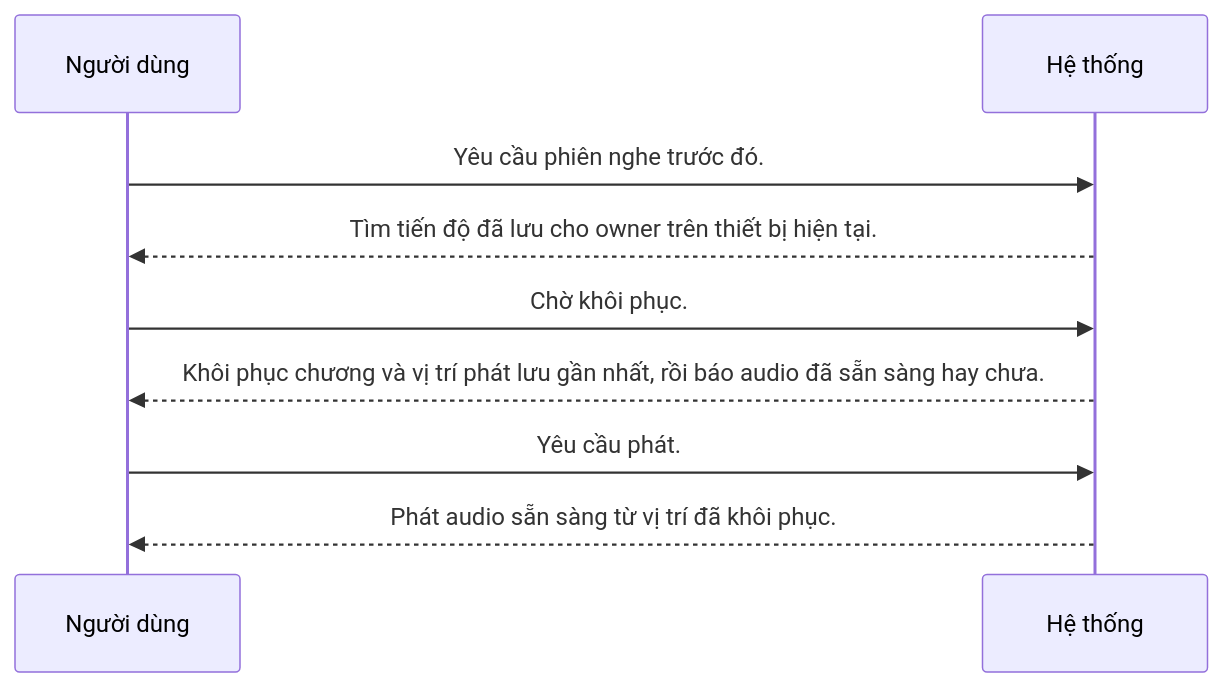
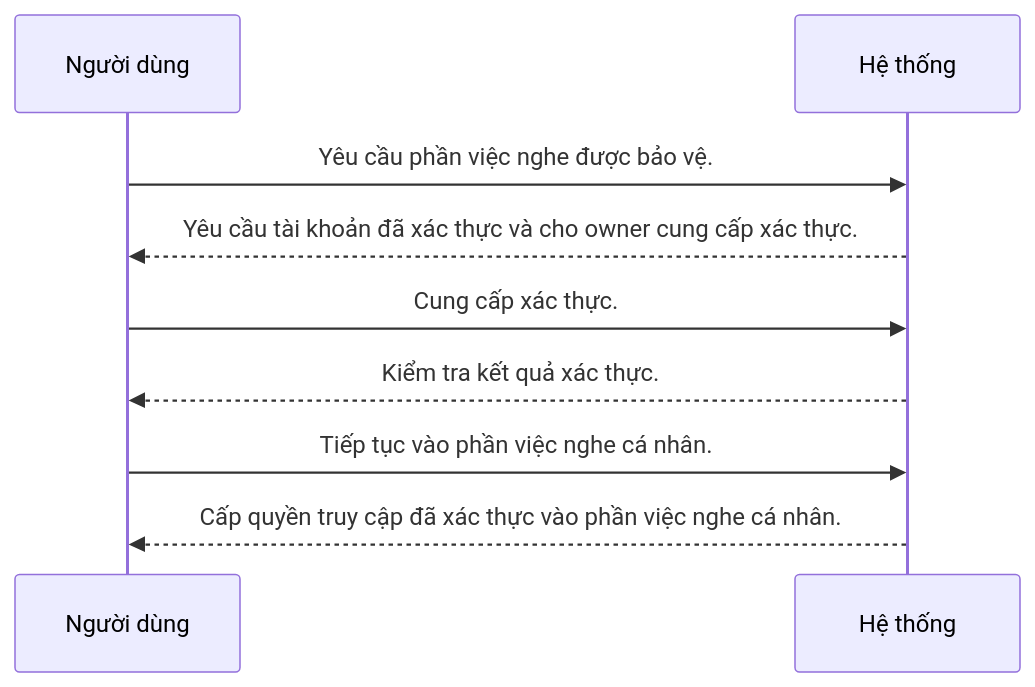
One commit to BuhDuy256/novsay changed the diagram in docs/spec/02-use-cases/UC-004.md. Above: the diagram before and after it, drawn with Mermaid. The commit also changed other lines of this file and 9 other files, not shown here.

````diff
--- a/docs/spec/02-use-cases/UC-004.md
+++ b/docs/spec/02-use-cases/UC-004.md
@@ -12,11 +12,11 @@
 ```mermaid
 sequenceDiagram
   participant U as Người dùng
   participant S as Hệ thống
-  U->>S: Yêu cầu phiên nghe trước đó.
-  S-->>U: Tìm tiến độ đã lưu cho owner trên thiết bị hiện tại.
-  U->>S: Chờ khôi phục.
-  S-->>U: Khôi phục chương và vị trí phát lưu gần nhất, rồi báo audio đã sẵn sàng hay chưa.
-  U->>S: Yêu cầu phát.
-  S-->>U: Phát audio sẵn sàng từ vị trí đã khôi phục.
+  U->>S: Yêu cầu phần việc nghe được bảo vệ.
+  S-->>U: Yêu cầu tài khoản đã xác thực và cho owner cung cấp xác thực.
+  U->>S: Cung cấp xác thực.
+  S-->>U: Kiểm tra kết quả xác thực.
+  U->>S: Tiếp tục vào phần việc nghe cá nhân.
+  S-->>U: Cấp quyền truy cập đã xác thực vào phần việc nghe cá nhân.
 ```
````
